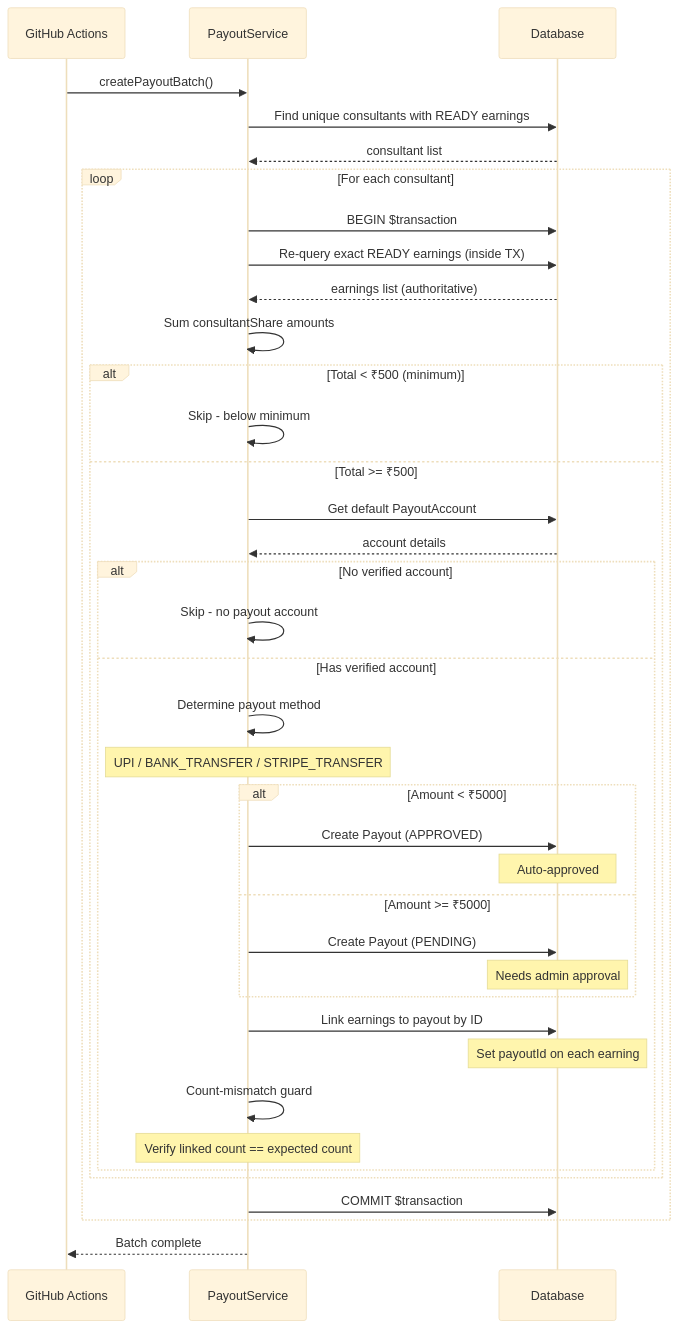
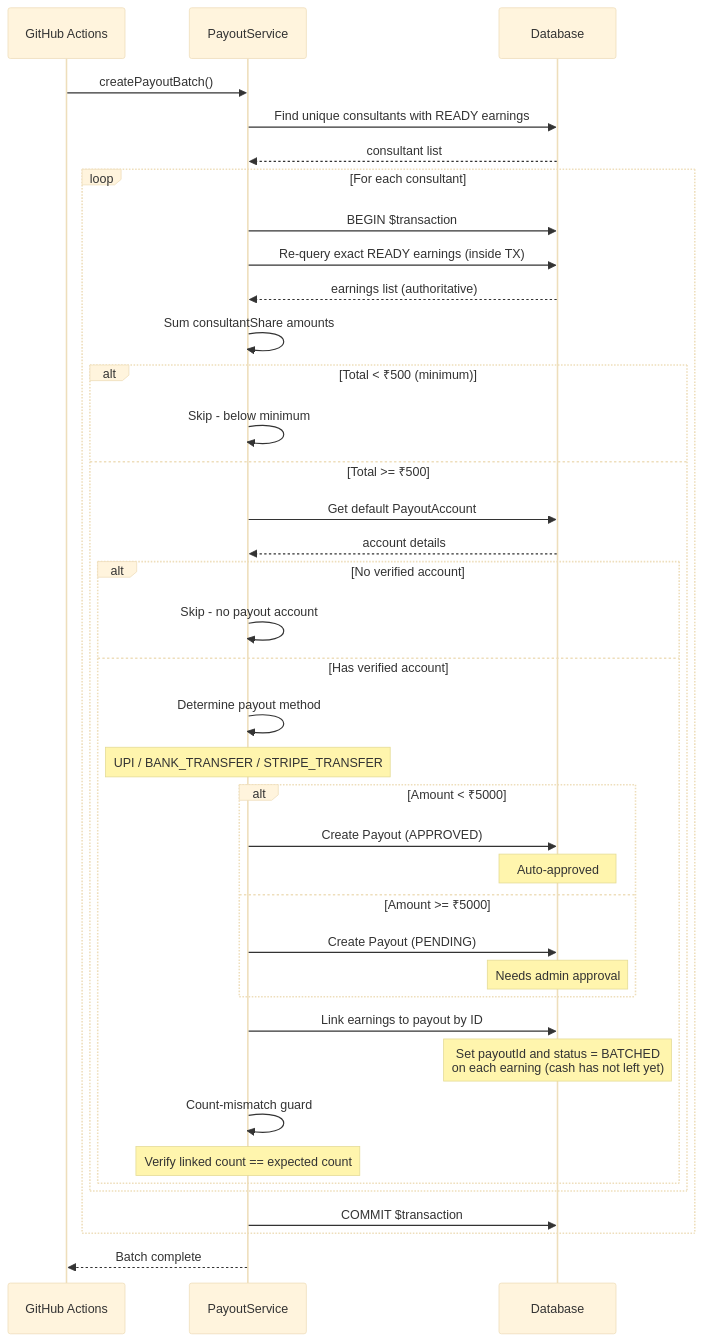
The second of 9 diagrams in docs/payments/payouts/03-payout-processing.md (Practitionist/familiarise_web), drawn with Mermaid (base theme) before and after one commit. The commit also changed other lines of this file and 30 other files, not shown here.

````diff
--- a/docs/payments/payouts/03-payout-processing.md
+++ b/docs/payments/payouts/03-payout-processing.md
@@ -51,49 +51,49 @@
 ```mermaid
 sequenceDiagram
     participant GH as GitHub Actions
     participant PS as PayoutService
     participant DB as Database
 
     GH->>PS: createPayoutBatch()
 
     PS->>DB: Find unique consultants with READY earnings
     DB-->>PS: consultant list
 
     loop For each consultant
         PS->>DB: BEGIN $transaction
         PS->>DB: Re-query exact READY earnings (inside TX)
         DB-->>PS: earnings list (authoritative)
 
         PS->>PS: Sum consultantShare amounts
 
         alt Total < ₹500 (minimum)
             PS->>PS: Skip - below minimum
         else Total >= ₹500
             PS->>DB: Get default PayoutAccount
             DB-->>PS: account details
 
             alt No verified account
                 PS->>PS: Skip - no payout account
             else Has verified account
                 PS->>PS: Determine payout method
                 Note over PS: UPI / BANK_TRANSFER / STRIPE_TRANSFER
 
                 alt Amount < ₹5000
                     PS->>DB: Create Payout (APPROVED)
                     Note over DB: Auto-approved
                 else Amount >= ₹5000
                     PS->>DB: Create Payout (PENDING)
                     Note over DB: Needs admin approval
                 end
 
                 PS->>DB: Link earnings to payout by ID
-                Note over DB: Set payoutId on each earning
+                Note over DB: Set payoutId and status = BATCHED<br/>on each earning (cash has not left yet)
                 PS->>PS: Count-mismatch guard
                 Note over PS: Verify linked count == expected count
             end
         end
         PS->>DB: COMMIT $transaction
     end
 
     PS-->>GH: Batch complete
 ```
````
